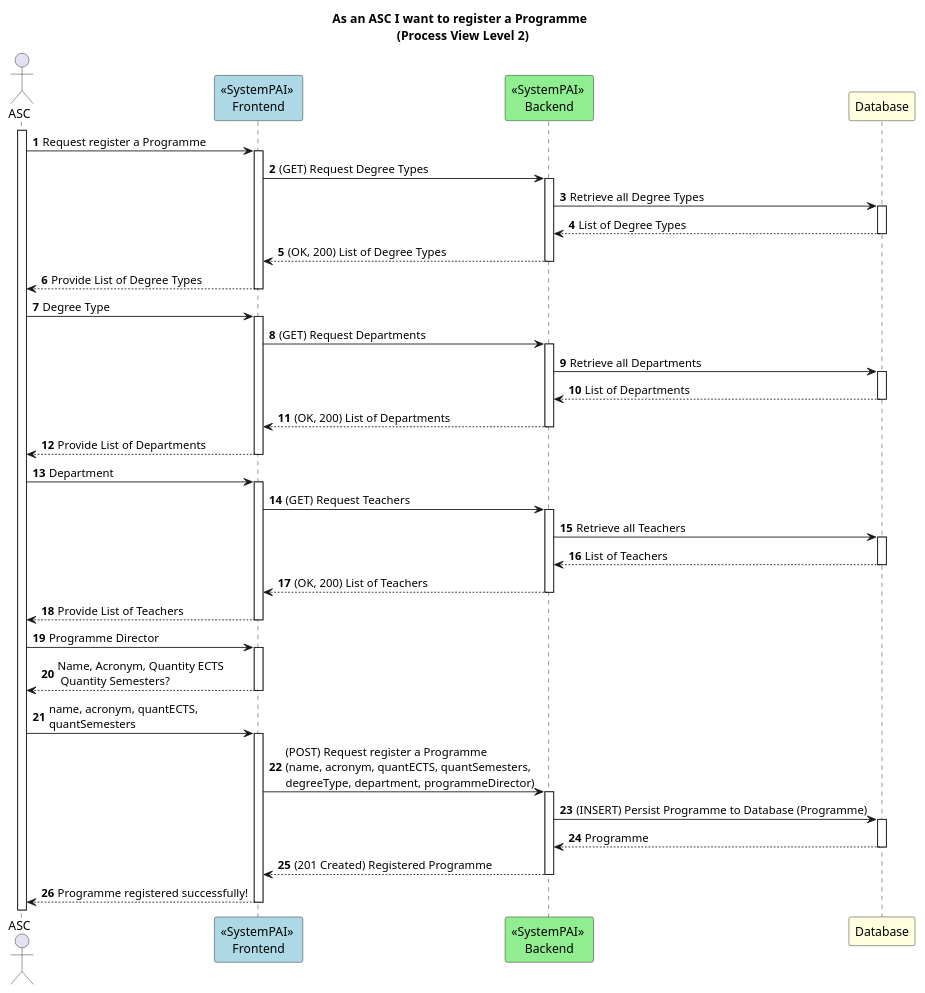
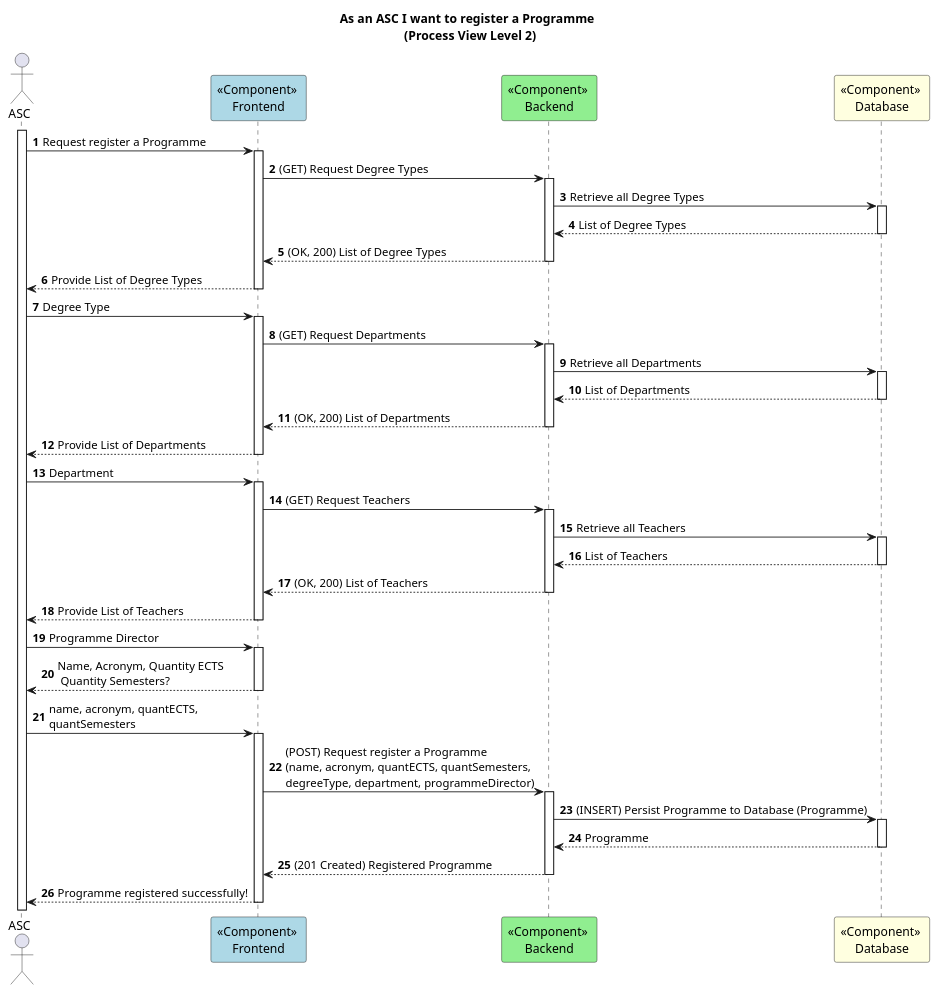
The diagram in docs/US11/Sprint6/ProcessView/Level2.puml (GasparISEP/DevOps-PAI), drawn with PlantUML before and after one commit. The commit also changed 1 other file, not shown here.

Commit message:
Ref #505, #523: Minor updates to Process View diagrams (Level 1 and Level 2)

```diff
--- a/docs/US11/Sprint6/ProcessView/Level2.puml
+++ b/docs/US11/Sprint6/ProcessView/Level2.puml
@@ -1,43 +1,43 @@
 @startuml
 
 autonumber
 
 title As an ASC I want to register a Programme \n (Process View Level 2)
 
 actor ASC as Admin
-participant "<<SystemPAI>> \nFrontend" as FE #lightblue
-participant "<<SystemPAI>> \nBackend" as BE #lightgreen
-participant "Database" as BD #lightyellow
+participant "<<Component>> \nFrontend" as FE #lightblue
+participant "<<Component>> \nBackend" as BE #lightgreen
+participant "<<Component>> \nDatabase" as BD #lightyellow
 
 activate Admin
 Admin -> FE ++: Request register a Programme
 FE -> BE ++: (GET) Request Degree Types
 BE -> BD ++: Retrieve all Degree Types
 BD --> BE --: List of Degree Types
 BE --> FE --: (OK, 200) List of Degree Types
 FE --> Admin --: Provide List of Degree Types
 Admin -> FE ++: Degree Type
 
 FE -> BE ++: (GET) Request Departments
 BE -> BD ++: Retrieve all Departments
 BD --> BE --: List of Departments
 BE --> FE --: (OK, 200) List of Departments
 FE --> Admin --: Provide List of Departments
 Admin -> FE ++: Department
 
 FE -> BE ++: (GET) Request Teachers
 BE -> BD ++: Retrieve all Teachers
 BD --> BE --: List of Teachers
 BE --> FE --: (OK, 200) List of Teachers
 FE --> Admin --: Provide List of Teachers
 Admin -> FE ++: Programme Director
 
 FE --> Admin --: Name, Acronym, Quantity ECTS\n Quantity Semesters?
 Admin -> FE ++: name, acronym, quantECTS, \nquantSemesters
 FE -> BE ++: (POST) Request register a Programme \n(name, acronym, quantECTS, quantSemesters, \ndegreeType, department, programmeDirector)
 BE -> BD ++: (INSERT) Persist Programme to Database (Programme)
 BD --> BE --: Programme
 BE --> FE --: (201 Created) Registered Programme
 FE --> Admin --: Programme registered successfully!
 
 @enduml
```
